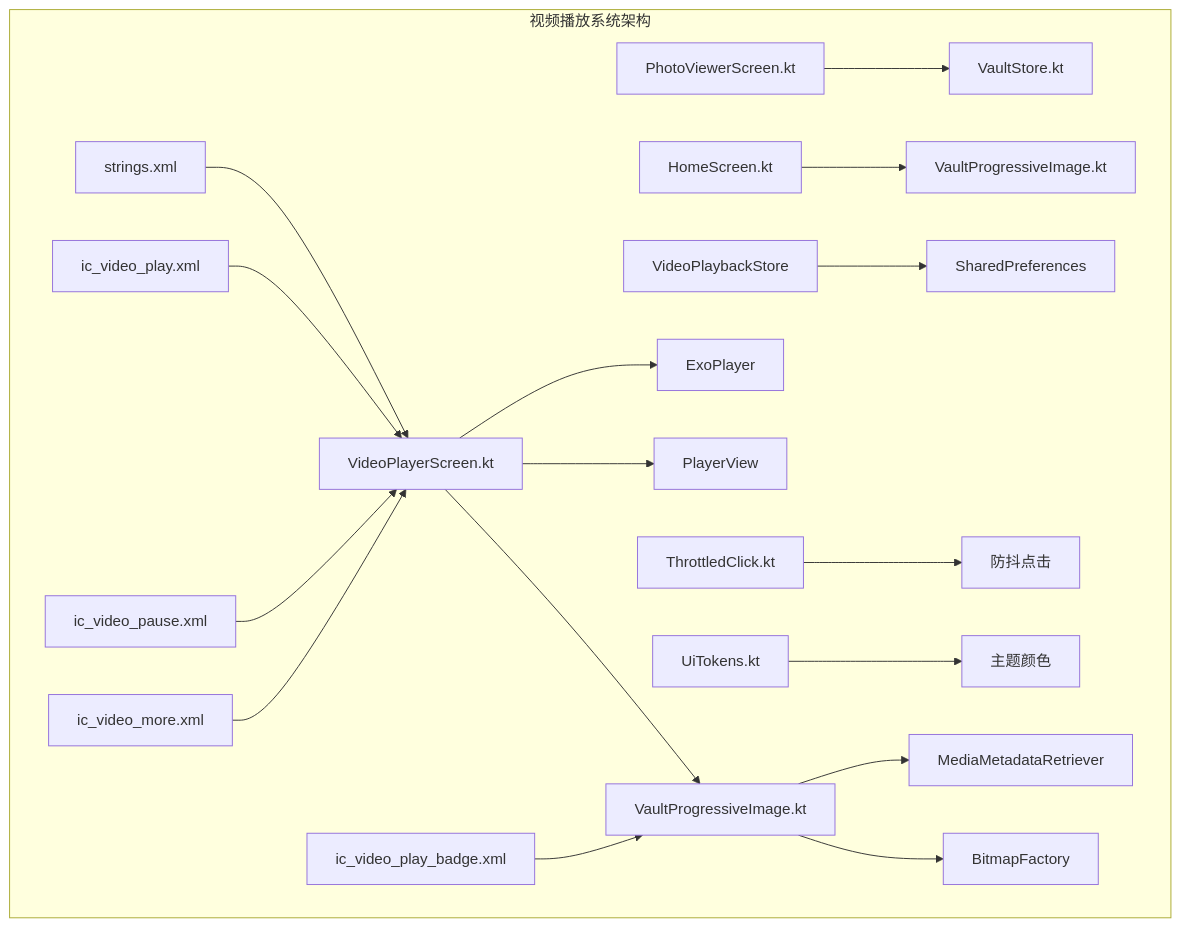
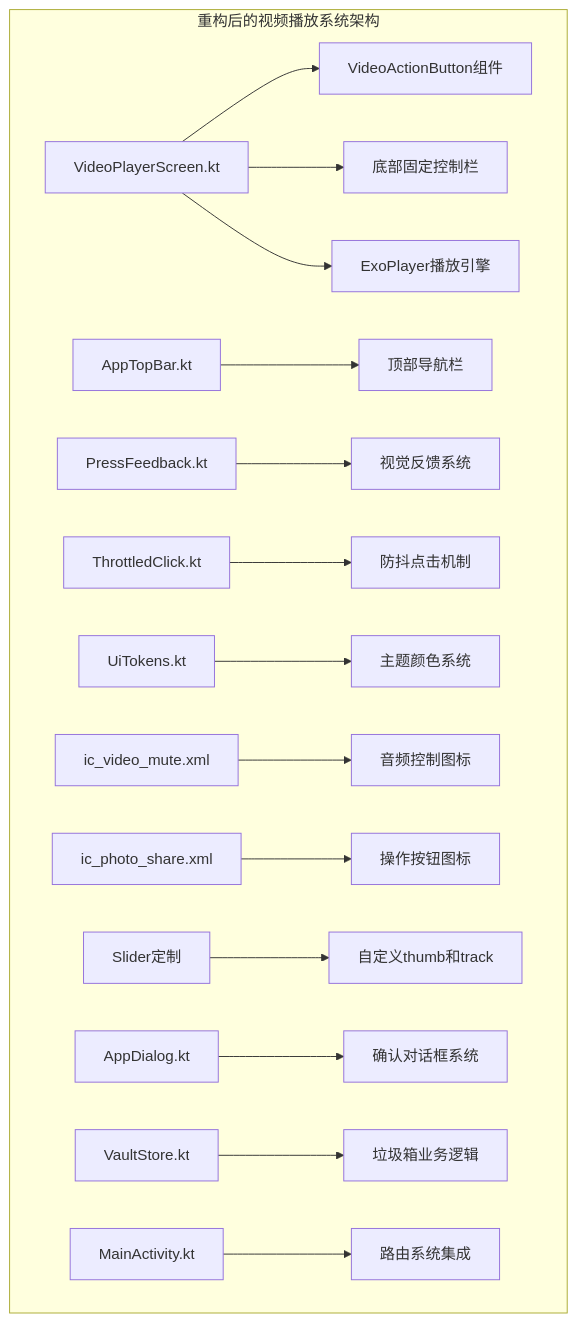
One commit to wanhongbo/ai-photo-vault changed the first of 9 diagrams in .qoder/repowiki/zh/content/项目概述/核心功能特性/视频播放系统.md. Above: the diagram before and after it, drawn with Mermaid. The commit also changed other lines of this file and 6 other files, not shown here.

````diff
--- a/.qoder/repowiki/zh/content/项目概述/核心功能特性/视频播放系统.md
+++ b/.qoder/repowiki/zh/content/项目概述/核心功能特性/视频播放系统.md
@@ -61,20 +63,18 @@
 ```mermaid
 graph TB
-subgraph "视频播放系统架构"
-A[VideoPlayerScreen.kt] --> B[VaultProgressiveImage.kt]
-C[PhotoViewerScreen.kt] --> D[VaultStore.kt]
-E[HomeScreen.kt] --> F[VaultProgressiveImage.kt]
-A --> G[ExoPlayer]
-A --> H[PlayerView]
-I[VideoPlaybackStore] --> J[SharedPreferences]
-K[ThrottledClick.kt] --> L[防抖点击]
-M[UiTokens.kt] --> N[主题颜色]
-B --> O[MediaMetadataRetriever]
-B --> P[BitmapFactory]
-Q[ic_video_play_badge.xml] --> B
-R[strings.xml] --> A
-S[ic_video_play.xml] --> A
-T[ic_video_pause.xml] --> A
-U[ic_video_more.xml] --> A
+subgraph "重构后的视频播放系统架构"
+A[VideoPlayerScreen.kt] --> B[VideoActionButton组件]
+A --> C[底部固定控制栏]
+A --> D[ExoPlayer播放引擎]
+E[AppTopBar.kt] --> F[顶部导航栏]
+G[PressFeedback.kt] --> H[视觉反馈系统]
+I[ThrottledClick.kt] --> J[防抖点击机制]
+K[UiTokens.kt] --> L[主题颜色系统]
+M[ic_video_mute.xml] --> N[音频控制图标]
+O[ic_photo_share.xml] --> P[操作按钮图标]
+Q[Slider定制] --> R[自定义thumb和track]
+S[AppDialog.kt] --> T[确认对话框系统]
+U[VaultStore.kt] --> V[垃圾箱业务逻辑]
+W[MainActivity.kt] --> X[路由系统集成]
 end
 ```
````
